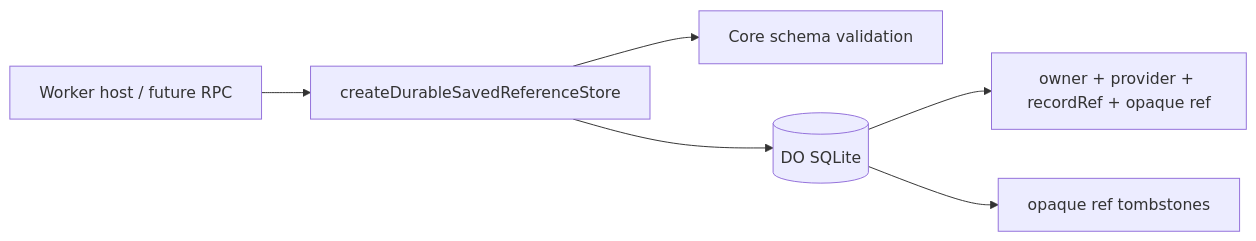
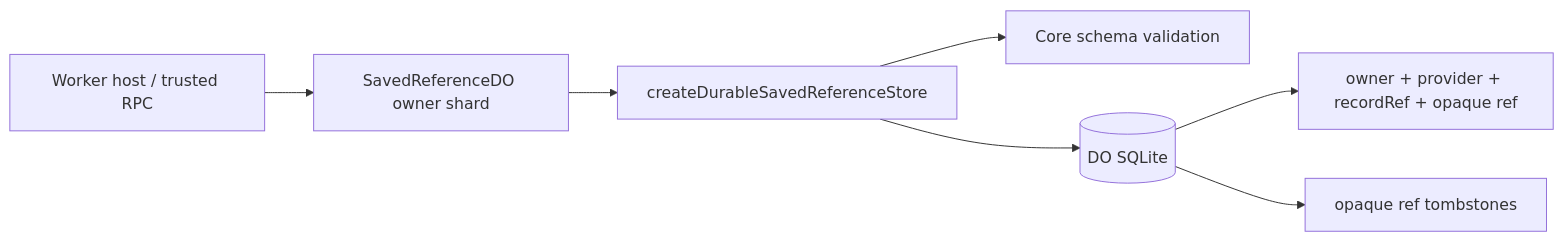
Before and after one commit to takapom/ima-app: the diagram in docs/design/m16-saved-reference-runtime.md, drawn with Mermaid. The commit also changed other lines of this file and 5 other files, not shown here.

Commit message:
feat(saved): isolate owner references from thread lifecycle (#17)

````diff
--- a/docs/design/m16-saved-reference-runtime.md
+++ b/docs/design/m16-saved-reference-runtime.md
@@ -9,8 +10,9 @@
 ```mermaid
 flowchart LR
-  Host[Worker host / future RPC] --> Adapter[createDurableSavedReferenceStore]
+  Host[Worker host / trusted RPC] --> Shard[SavedReferenceDO owner shard]
+  Shard --> Adapter[createDurableSavedReferenceStore]
   Adapter --> Validate[Core schema validation]
   Adapter --> SQL[(DO SQLite)]
   SQL --> Active[owner + provider + recordRef + opaque ref]
   SQL --> Used[opaque ref tombstones]
 ```
````
